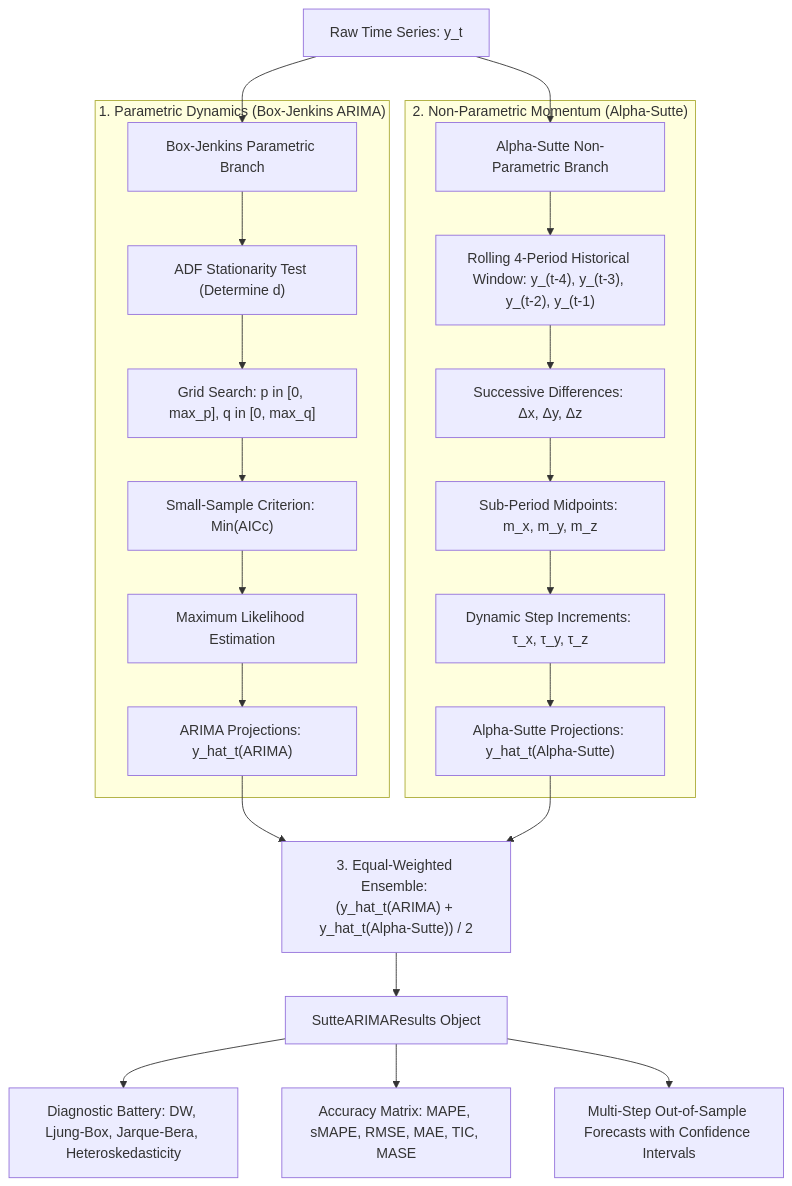
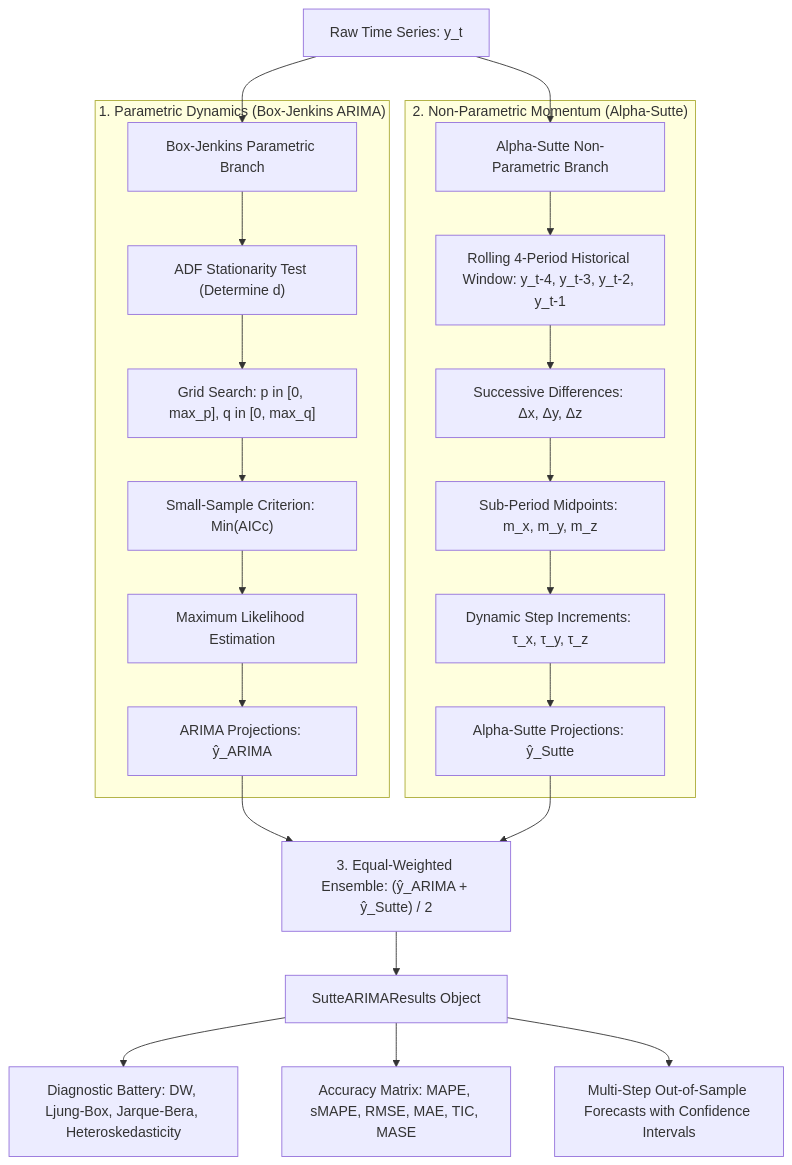
The first of 2 diagrams in README.md (BahmanOrujov/sutte-ARIMA), drawn with Mermaid before and after one commit. The commit also changed other lines of this file, not shown here.

Commit message:
docs: fix first graph values and format multi-step equations as top-level blocks to preserve subscripts

````diff
--- a/README.md
+++ b/README.md
@@ -36,27 +36,27 @@
 ```mermaid
 flowchart TD
     Raw["Raw Time Series: y_t"] --> BJ["Box-Jenkins Parametric Branch"]
     Raw --> AS["Alpha-Sutte Non-Parametric Branch"]
     
     subgraph Parametric ["1. Parametric Dynamics (Box-Jenkins ARIMA)"]
         BJ --> ADF["ADF Stationarity Test (Determine d)"]
         ADF --> Grid["Grid Search: p in [0, max_p], q in [0, max_q]"]
         Grid --> AICc["Small-Sample Criterion: Min(AICc)"]
         AICc --> MLE["Maximum Likelihood Estimation"]
-        MLE --> ARIMA_Fitted["ARIMA Projections: y_hat_t(ARIMA)"]
+        MLE --> ARIMA_Fitted["ARIMA Projections: ŷ_ARIMA"]
     end
 
     subgraph NonParametric ["2. Non-Parametric Momentum (Alpha-Sutte)"]
-        AS --> Window["Rolling 4-Period Historical Window: y_(t-4), y_(t-3), y_(t-2), y_(t-1)"]
+        AS --> Window["Rolling 4-Period Historical Window: y_t-4, y_t-3, y_t-2, y_t-1"]
         Window --> Diffs["Successive Differences: Δx, Δy, Δz"]
         Diffs --> Midpoints["Sub-Period Midpoints: m_x, m_y, m_z"]
         Midpoints --> Increments["Dynamic Step Increments: τ_x, τ_y, τ_z"]
-        Increments --> Sutte_Fitted["Alpha-Sutte Projections: y_hat_t(Alpha-Sutte)"]
+        Increments --> Sutte_Fitted["Alpha-Sutte Projections: ŷ_Sutte"]
     end
 
-    ARIMA_Fitted & Sutte_Fitted --> Ensemble["3. Equal-Weighted Ensemble: (y_hat_t(ARIMA) + y_hat_t(Alpha-Sutte)) / 2"]
+    ARIMA_Fitted & Sutte_Fitted --> Ensemble["3. Equal-Weighted Ensemble: (ŷ_ARIMA + ŷ_Sutte) / 2"]
     Ensemble --> Results["SutteARIMAResults Object"]
     Results --> Diag["Diagnostic Battery: DW, Ljung-Box, Jarque-Bera, Heteroskedasticity"]
     Results --> Metrics["Accuracy Matrix: MAPE, sMAPE, RMSE, MAE, TIC, MASE"]
     Results --> Forecast["Multi-Step Out-of-Sample Forecasts with Confidence Intervals"]
 ```
````
